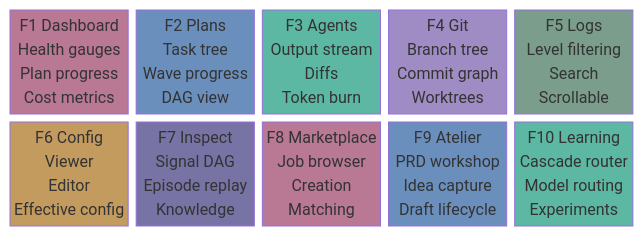
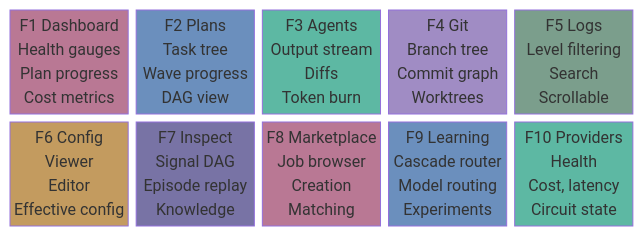
The first of 3 diagrams in docs/v3/25-TUI.md (wpank/roko), drawn with Mermaid before and after one commit. The commit also changed other lines of this file and 3 other files, not shown here.

First line of the commit message:
docs(v3): drop the F9 Atelier tab; Learning and Providers move to F9 and F10

````diff
--- a/docs/v3/25-TUI.md
+++ b/docs/v3/25-TUI.md
@@ -45,25 +45,25 @@
 ```mermaid
 block-beta
     columns 5
     F1["F1 Dashboard\nHealth gauges\nPlan progress\nCost metrics"]:1
     F2["F2 Plans\nTask tree\nWave progress\nDAG view"]:1
     F3["F3 Agents\nOutput stream\nDiffs\nToken burn"]:1
     F4["F4 Git\nBranch tree\nCommit graph\nWorktrees"]:1
     F5["F5 Logs\nLevel filtering\nSearch\nScrollable"]:1
     F6["F6 Config\nViewer\nEditor\nEffective config"]:1
     F7["F7 Inspect\nSignal DAG\nEpisode replay\nKnowledge"]:1
     F8["F8 Marketplace\nJob browser\nCreation\nMatching"]:1
-    F9["F9 Atelier\nPRD workshop\nIdea capture\nDraft lifecycle"]:1
-    F10["F10 Learning\nCascade router\nModel routing\nExperiments"]:1
+    F9["F9 Learning\nCascade router\nModel routing\nExperiments"]:1
+    F10["F10 Providers\nHealth\nCost, latency\nCircuit state"]:1
 
     style F1 fill:#b97894,color:#fff
     style F2 fill:#6b8fbd,color:#fff
     style F3 fill:#5db8a3,color:#fff
     style F4 fill:#a08cc4,color:#fff
     style F5 fill:#7b9e8c,color:#fff
     style F6 fill:#c39b5f,color:#fff
     style F7 fill:#7873a5,color:#fff
     style F8 fill:#b97894,color:#fff
     style F9 fill:#6b8fbd,color:#fff
     style F10 fill:#5db8a3,color:#fff
 ```
````
